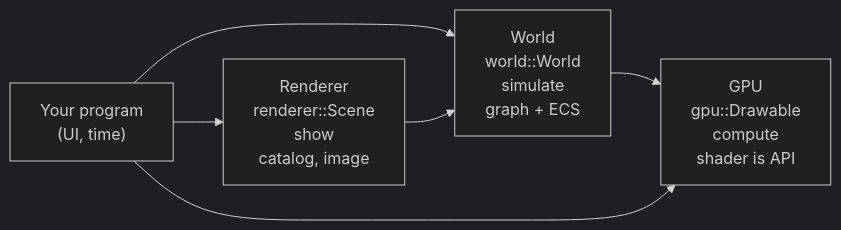
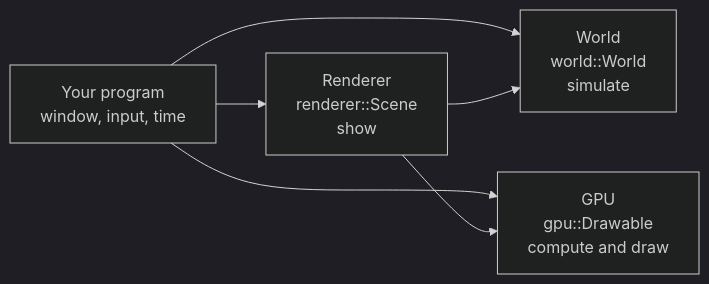
The diagram in README.md (Lecrapouille/Compages), drawn with Mermaid (dark theme) before and after one commit. The commit also changed other lines of this file and 39 other files, not shown here.

````diff
--- a/README.md
+++ b/README.md
@@ -5,13 +13,13 @@
 ```mermaid
 graph LR
-    A["Your program<br/>(UI, time)"]
-    B["Renderer<br/>renderer::Scene<br/>show<br/>catalog, image"]
-    C["World<br/>world::World<br/>simulate<br/>graph + ECS"]
-    D["GPU<br/>gpu::Drawable<br/>compute<br/>shader is API"]
+    A["Your program<br/>window, input, time"]
+    B["Renderer<br/>renderer::Scene<br/>show"]
+    C["World<br/>world::World<br/>simulate"]
+    D["GPU<br/>gpu::Drawable<br/>compute and draw"]
 
     A --> B
     A --> C
+    A --> D
     B --> C
-    C --> D
-    A --> D
+    B --> D
 ```
````
